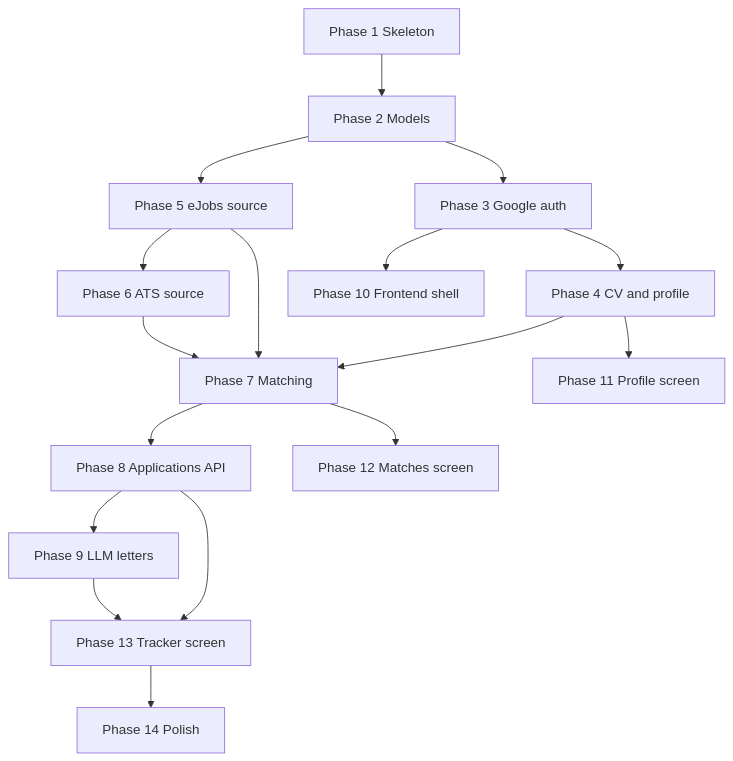
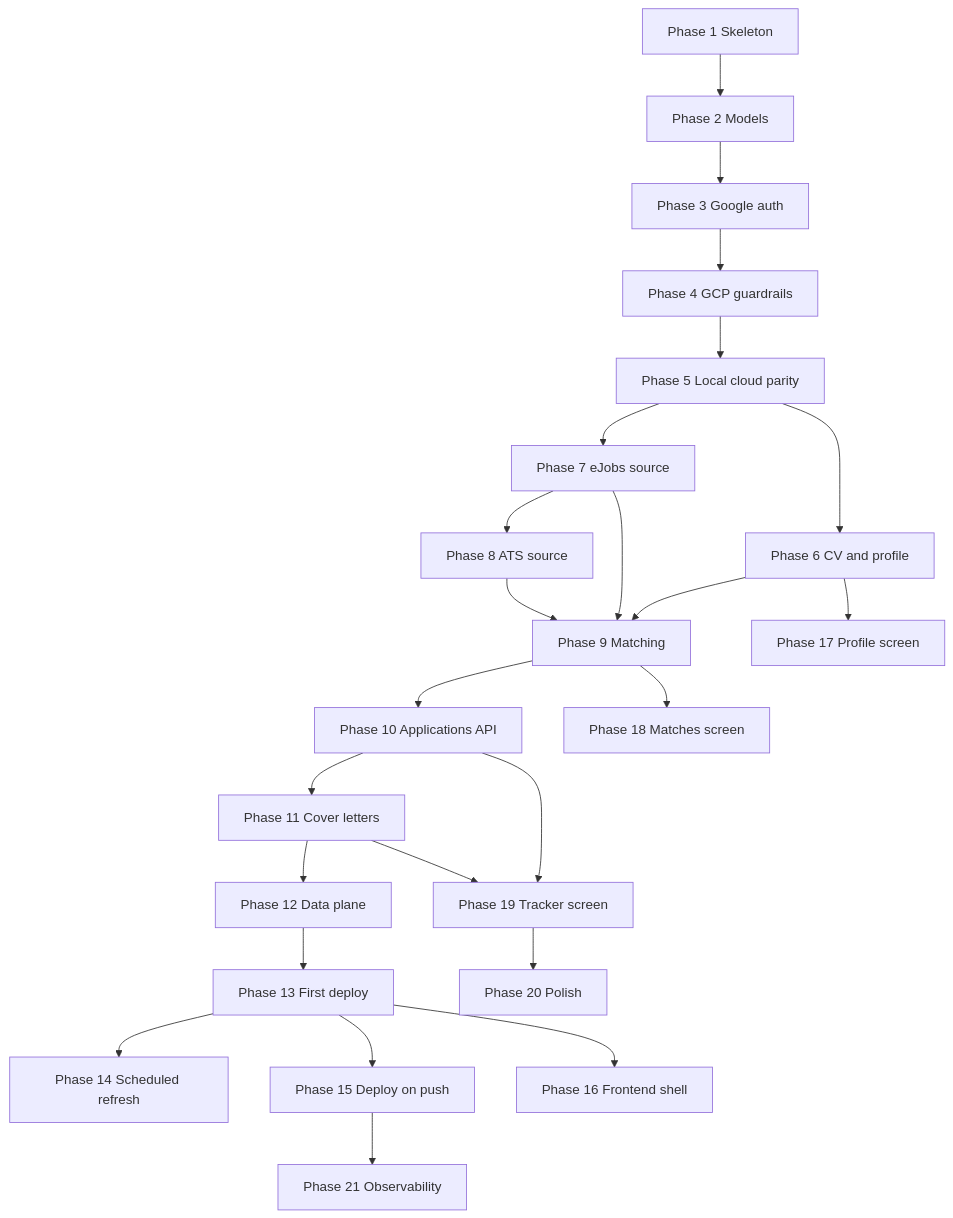
Before and after one commit to CatalinIonescu0922/LazyJobs: the diagram in BUILD.md, drawn with Mermaid. The commit also changed other lines of this file and 4 other files, not shown here.

````diff
--- a/BUILD.md
+++ b/BUILD.md
@@ -46,19 +72,26 @@
 ```mermaid
 flowchart TD
   S1[Phase 1 Skeleton] --> S2[Phase 2 Models]
   S2 --> S3[Phase 3 Google auth]
-  S2 --> S5[Phase 5 eJobs source]
-  S3 --> S4[Phase 4 CV and profile]
-  S4 --> S7[Phase 7 Matching]
-  S5 --> S7
-  S5 --> S6[Phase 6 ATS source]
-  S6 --> S7
-  S7 --> S8[Phase 8 Applications API]
-  S8 --> S9[Phase 9 LLM letters]
-  S3 --> S10[Phase 10 Frontend shell]
-  S4 --> S11[Phase 11 Profile screen]
-  S7 --> S12[Phase 12 Matches screen]
-  S8 --> S13[Phase 13 Tracker screen]
-  S9 --> S13
-  S13 --> S14[Phase 14 Polish]
+  S3 --> S4[Phase 4 GCP guardrails]
+  S4 --> S5[Phase 5 Local cloud parity]
+  S5 --> S6[Phase 6 CV and profile]
+  S5 --> S7[Phase 7 eJobs source]
+  S7 --> S8[Phase 8 ATS source]
+  S6 --> S9[Phase 9 Matching]
+  S7 --> S9
+  S8 --> S9
+  S9 --> S10[Phase 10 Applications API]
+  S10 --> S11[Phase 11 Cover letters]
+  S11 --> S12[Phase 12 Data plane]
+  S12 --> S13[Phase 13 First deploy]
+  S13 --> S14[Phase 14 Scheduled refresh]
+  S13 --> S15[Phase 15 Deploy on push]
+  S13 --> S16[Phase 16 Frontend shell]
+  S6 --> S17[Phase 17 Profile screen]
+  S9 --> S18[Phase 18 Matches screen]
+  S10 --> S19[Phase 19 Tracker screen]
+  S11 --> S19
+  S19 --> S20[Phase 20 Polish]
+  S15 --> S21[Phase 21 Observability]
 ```
````
